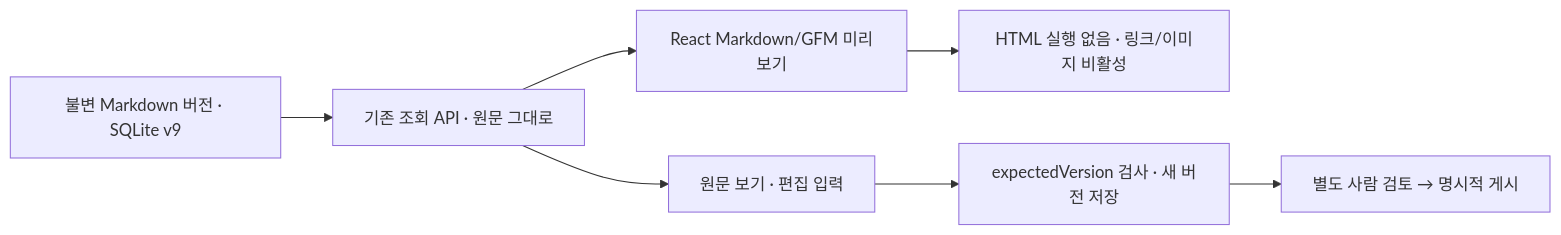
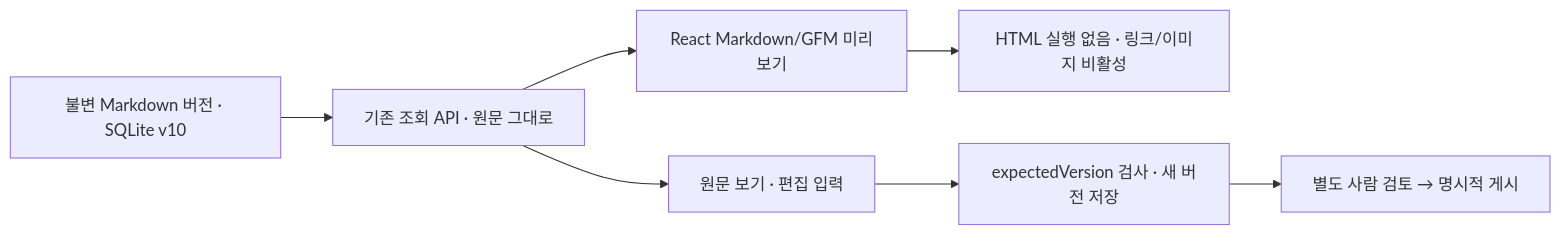
The seventh of 7 diagrams in docs/design-map.md (thisisnew/dougle), drawn with Mermaid before and after one commit. The commit also changed other lines of this file and 26 other files, not shown here.

````diff
--- a/docs/design-map.md
+++ b/docs/design-map.md
@@ -260,9 +260,9 @@
 ```mermaid
 flowchart LR
-  Version["불변 Markdown 버전 · SQLite v9"] --> API["기존 조회 API · 원문 그대로"]
+  Version["불변 Markdown 버전 · SQLite v10"] --> API["기존 조회 API · 원문 그대로"]
   API --> Preview["React Markdown/GFM 미리보기"]
   API --> Raw["원문 보기 · 편집 입력"]
   Preview --> Safe["HTML 실행 없음 · 링크/이미지 비활성"]
   Raw --> Save["expectedVersion 검사 · 새 버전 저장"]
   Save --> Review["별도 사람 검토 → 명시적 게시"]
 ```
````
